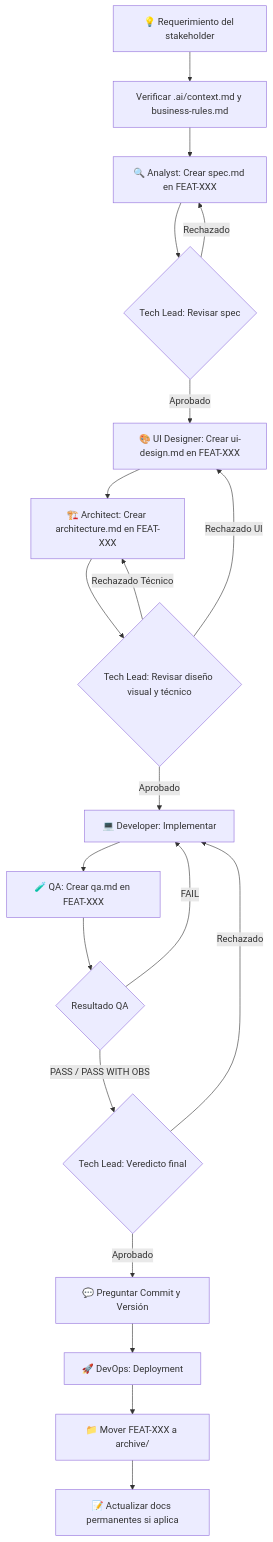
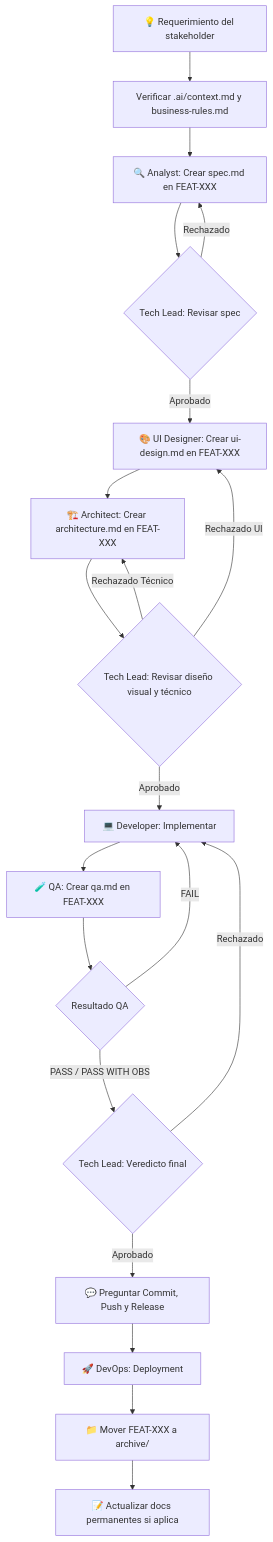
One commit to ezequielmendoza-dev/ai-agents changed the diagram in workflows/new-feature.md. Above: the diagram before and after it, drawn with Mermaid. The commit also changed other lines of this file and 2 other files, not shown here.

Commit message:
chore: update interaction workflows to mandate commit/push guidance and release versioning checks

````diff
--- a/workflows/new-feature.md
+++ b/workflows/new-feature.md
@@ -18,22 +18,22 @@
 ```mermaid
 flowchart TD
     A[💡 Requerimiento del stakeholder] --> B[Verificar .ai/context.md y business-rules.md]
     B --> C[🔍 Analyst: Crear spec.md en FEAT-XXX]
     C --> D{Tech Lead: Revisar spec}
     D -->|Rechazado| C
     D -->|Aprobado| UI[🎨 UI Designer: Crear ui-design.md en FEAT-XXX]
     UI --> E[🏗️ Architect: Crear architecture.md en FEAT-XXX]
     E --> F{Tech Lead: Revisar diseño visual y técnico}
     F -->|Rechazado UI| UI
     F -->|Rechazado Técnico| E
     F -->|Aprobado| G[💻 Developer: Implementar]
     G --> H[🧪 QA: Crear qa.md en FEAT-XXX]
     H --> I{Resultado QA}
     I -->|FAIL| G
     I -->|PASS / PASS WITH OBS| J{Tech Lead: Veredicto final}
     J -->|Rechazado| G
-    J -->|Aprobado| Ask[💬 Preguntar Commit y Versión]
+    J -->|Aprobado| Ask[💬 Preguntar Commit, Push y Release]
     Ask --> K[🚀 DevOps: Deployment]
     K --> L[📁 Mover FEAT-XXX a archive/]
     L --> M[📝 Actualizar docs permanentes si aplica]
 ```
````
